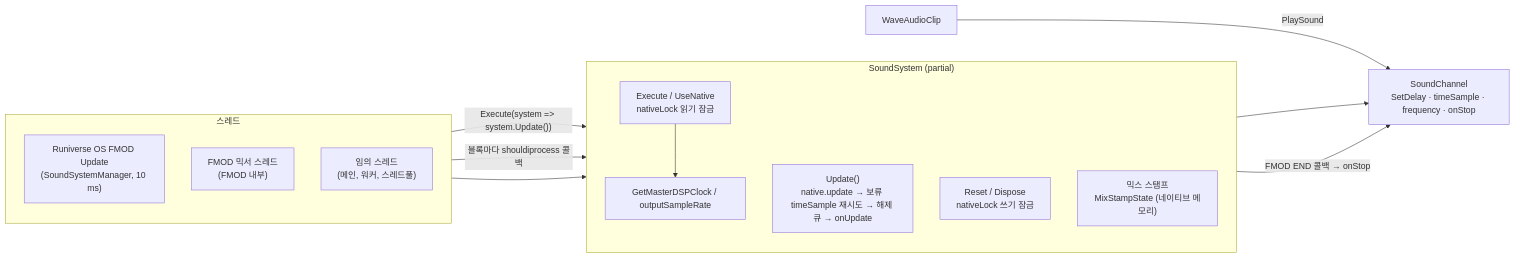
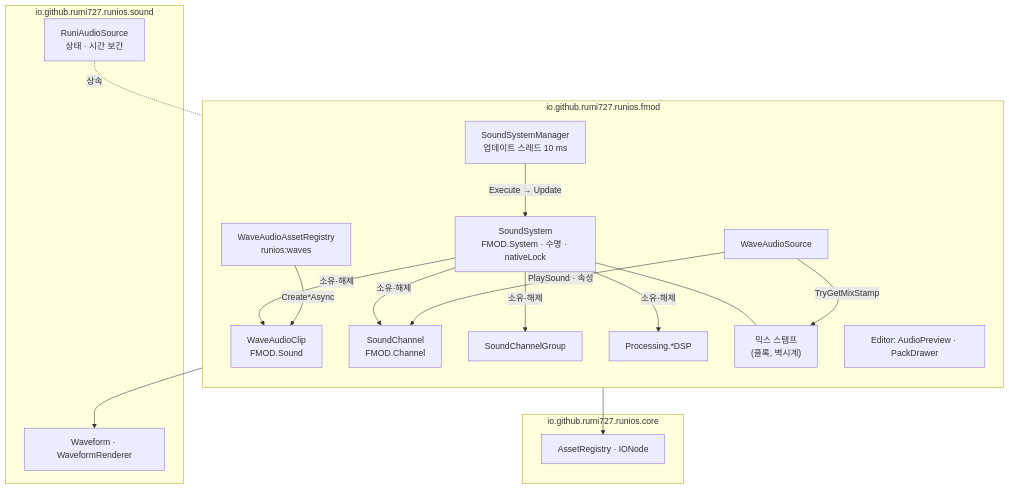
Before and after one commit to Rumi727/Runiverse-OS: the diagram in Packages/io.github.rumi727.runios.fmod/Documentation~/README.md, drawn with Mermaid. The commit also changed other lines of this file and 13 other files, not shown here.

````diff
--- a/Packages/io.github.rumi727.runios.fmod/Documentation~/README.md
+++ b/Packages/io.github.rumi727.runios.fmod/Documentation~/README.md
@@ -17,29 +10,35 @@
 ```mermaid
-flowchart LR
-    subgraph Threads["스레드"]
+flowchart TB
+    subgraph FMODPKG["io.github.rumi727.runios.fmod"]
         direction TB
-        upd["Runiverse OS FMOD Update<br/>(SoundSystemManager, 10 ms)"]
-        mix["FMOD 믹서 스레드<br/>(FMOD 내부)"]
-        any["임의 스레드<br/>(메인, 워커, 스레드풀)"]
+        ss["SoundSystem<br/>FMOD.System · 수명 · nativeLock"]
+        mgr["SoundSystemManager<br/>업데이트 스레드 10 ms"]
+        clip["WaveAudioClip<br/>FMOD.Sound"]
+        ch["SoundChannel<br/>FMOD.Channel"]
+        grp["SoundChannelGroup"]
+        dsp["Processing.*DSP"]
+        stamp["믹스 스탬프<br/>(클록, 벽시계)"]
+        was["WaveAudioSource"]
+        reg["WaveAudioAssetRegistry<br/>runios:waves"]
+        prev["Editor: AudioPreview · PackDrawer"]
     end
-
-    subgraph SS["SoundSystem (partial)"]
-        direction TB
-        exec["Execute / UseNative<br/>nativeLock 읽기 잠금"]
-        update["Update()<br/>native.update → 보류 timeSample 재시도 → 해제 큐 → onUpdate"]
-        reset["Reset / Dispose<br/>nativeLock 쓰기 잠금"]
-        stamp["믹스 스탬프<br/>MixStampState (네이티브 메모리)"]
-        clock["GetMasterDSPClock / outputSampleRate"]
+    subgraph SOUND["io.github.rumi727.runios.sound"]
+        ras["RuniAudioSource<br/>상태 · 시간 보간"]
+        wf["Waveform · WaveformRenderer"]
     end
-
-    ch["SoundChannel<br/>SetDelay · timeSample · frequency · onStop"]
-    clip["WaveAudioClip"]
-
-    upd -->|"Execute(system => system.Update())"| update
-    mix -->|"블록마다 shouldiprocess 콜백"| stamp
-    any --> exec
-    exec --> clock
-    exec --> ch
-    clip -->|PlaySound| ch
-    update -->|"FMOD END 콜백 → onStop"| ch
+    subgraph CORE["io.github.rumi727.runios.core"]
+        ar["AssetRegistry · IONode"]
+    end
+    mgr -->|"Execute → Update"| ss
+    ss -->|소유·해제| clip
+    ss -->|소유·해제| ch
+    ss -->|소유·해제| grp
+    ss -->|소유·해제| dsp
+    ss --- stamp
+    ras -.상속.- was
+    was -->|PlaySound · 속성| ch
+    was -->|TryGetMixStamp| stamp
+    reg -->|Create*Async| clip
+    reg --> ar
+    prev --> wf
 ```
````
